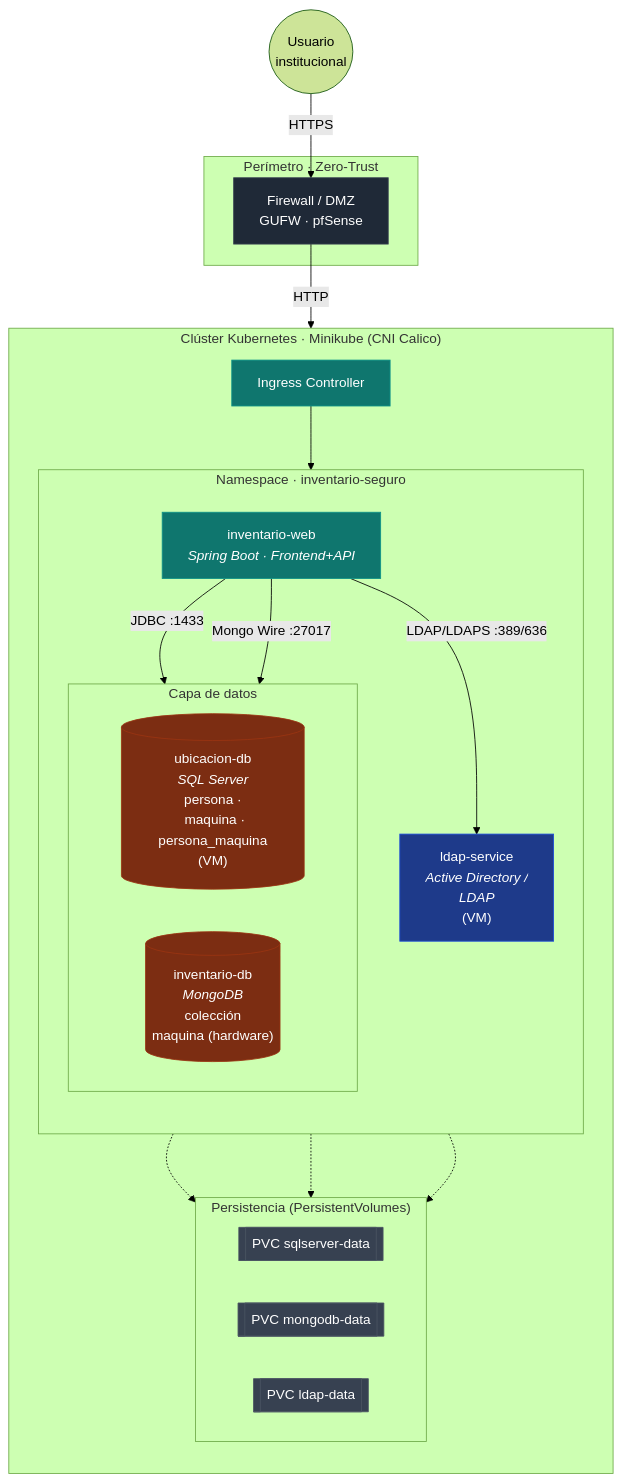
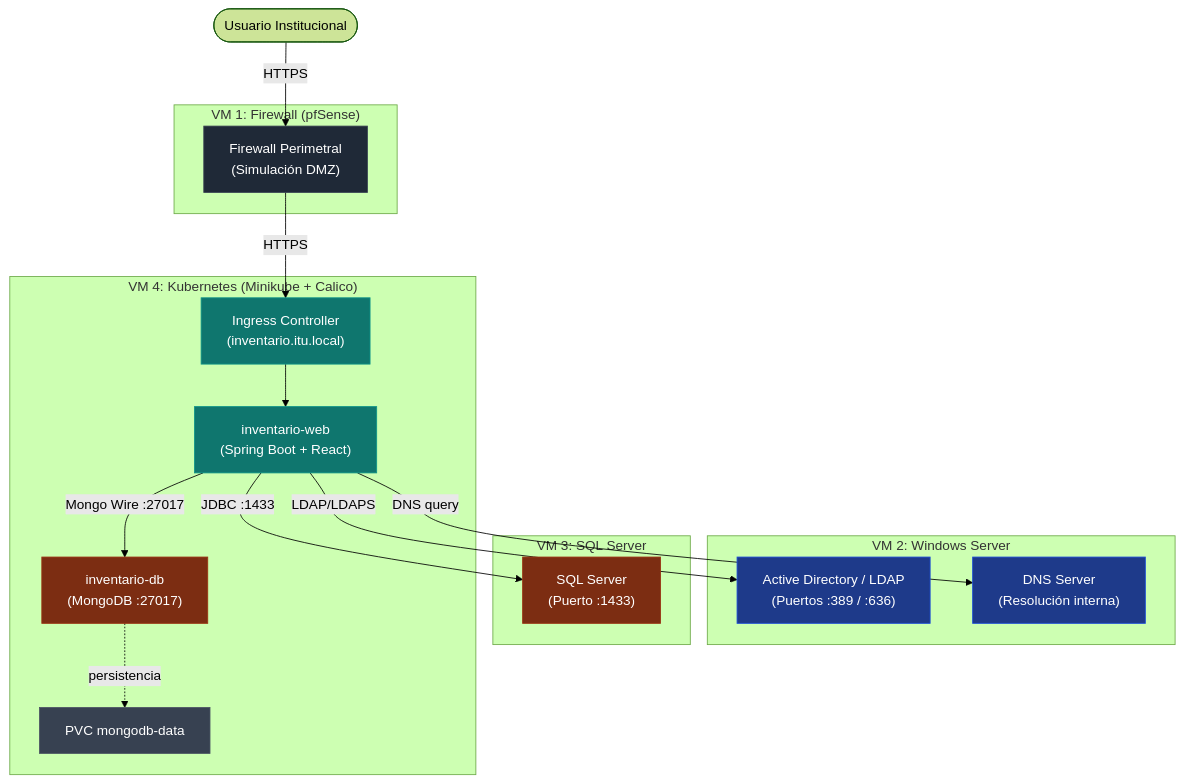
The diagram in docs/Diagrama de topología.mmd (juanmahumeniuk/egi-inventario-seguro), drawn with Mermaid (forest theme) before and after one commit. The commit also changed 4 other files, not shown here.

First line of the commit message:
docs: update system architecture and topology diagrams in README and reports

```diff
--- a/docs/Diagrama de topología.mmd
+++ b/docs/Diagrama de topología.mmd
@@ -1,54 +1,43 @@
 flowchart TB
- subgraph PERIMETRO["Perímetro · Zero-Trust"]
-        FW["Firewall / DMZ<br>GUFW · pfSense"]
-  end
- subgraph DATA["Capa de datos"]
-    direction LR
-        SQL[("ubicacion-db<br><i>SQL Server</i><br>persona ·
-  maquina · persona_maquina<br>(VM)")]
-        MONGO[("inventario-db<br><i>MongoDB</i><br>colección
-  maquina (hardware)")]
-  end
- subgraph NS["Namespace · inventario-seguro"]
-    direction TB
-        WEB["inventario-web<br><i>Spring Boot · Frontend+API</i>"]
-        DATA
-        LDAP["ldap-service<br><i>Active Directory /
-  LDAP</i><br>(VM)"]
-  end
- subgraph PV["Persistencia (PersistentVolumes)"]
-    direction LR
-        SQLPV[["PVC sqlserver-data"]]
-        MONGOPV[["PVC mongodb-data"]]
-        LDAPPV[["PVC ldap-data"]]
-  end
- subgraph CLUSTER["Clúster Kubernetes · Minikube (CNI Calico)"]
-    direction TB
-        ING["Ingress Controller"]
-        NS
-        PV
-  end
-    USER(("Usuario<br>institucional")) -- HTTPS --> FW
-    FW -- HTTP --> ING
-    ING --> WEB
-    WEB -- JDBC :1433 --> SQL
-    WEB -- Mongo Wire :27017 --> MONGO
-    WEB -- LDAP/LDAPS :389/636 --> LDAP
-    SQL -.-> SQLPV
-    MONGO -.-> MONGOPV
-    LDAP -.-> LDAPPV
+    U([Usuario Institucional])
 
-     FW:::edge
-     SQL:::db
-     MONGO:::db
-     WEB:::app
-     LDAP:::sec
-     SQLPV:::vol
-     MONGOPV:::vol
-     LDAPPV:::vol
-     ING:::app
+    subgraph VM1["VM 1: Firewall (pfSense)"]
+        FW["Firewall Perimetral<br/>(Simulación DMZ)"]
+    end
+
+    subgraph VM2["VM 2: Windows Server"]
+        AD["Active Directory / LDAP<br/>(Puertos :389 / :636)"]
+        DNS["DNS Server<br/>(Resolución interna)"]
+    end
+
+    subgraph VM3["VM 3: SQL Server"]
+        SQL["SQL Server<br/>(Puerto :1433)"]
+    end
+
+    subgraph VM4["VM 4: Kubernetes (Minikube + Calico)"]
+        IC["Ingress Controller<br/>(inventario.itu.local)"]
+        FE["inventario-web<br/>(Spring Boot + React)"]
+        MONGO["inventario-db<br/>(MongoDB :27017)"]
+        PV2["PVC mongodb-data"]
+    end
+
+    U -->|HTTPS| FW
+    FW -->|HTTPS| IC
+    IC --> FE
+    FE -->|LDAP/LDAPS| AD
+    FE -->|DNS query| DNS
+    FE -->|JDBC :1433| SQL
+    FE -->|Mongo Wire :27017| MONGO
+    MONGO -.->|persistencia| PV2
+
     classDef edge fill:#1f2937,stroke:#374151,color:#fff
     classDef app fill:#0f766e,stroke:#0d9488,color:#fff
     classDef db fill:#7c2d12,stroke:#9a3412,color:#fff
     classDef sec fill:#1e3a8a,stroke:#1d4ed8,color:#fff
     classDef vol fill:#374151,stroke:#4b5563,color:#fff
+
+    class FW edge
+    class IC,FE app
+    class SQL,MONGO db
+    class AD,DNS sec
+    class PV2 vol
```
